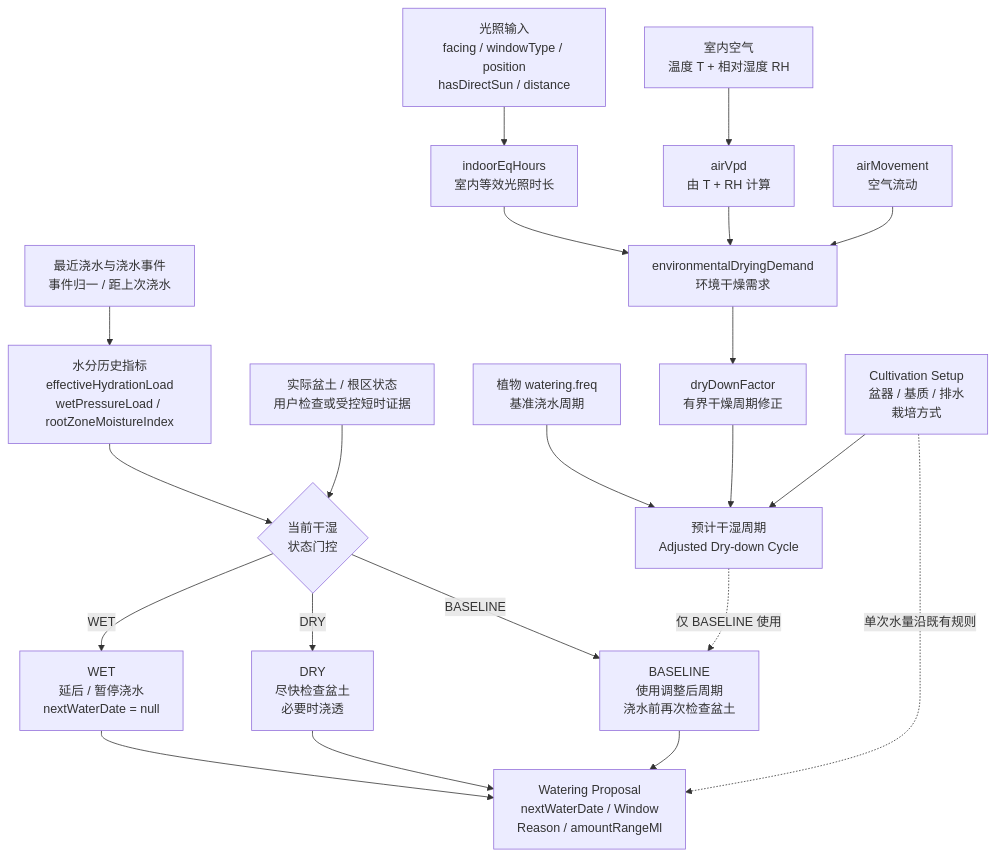
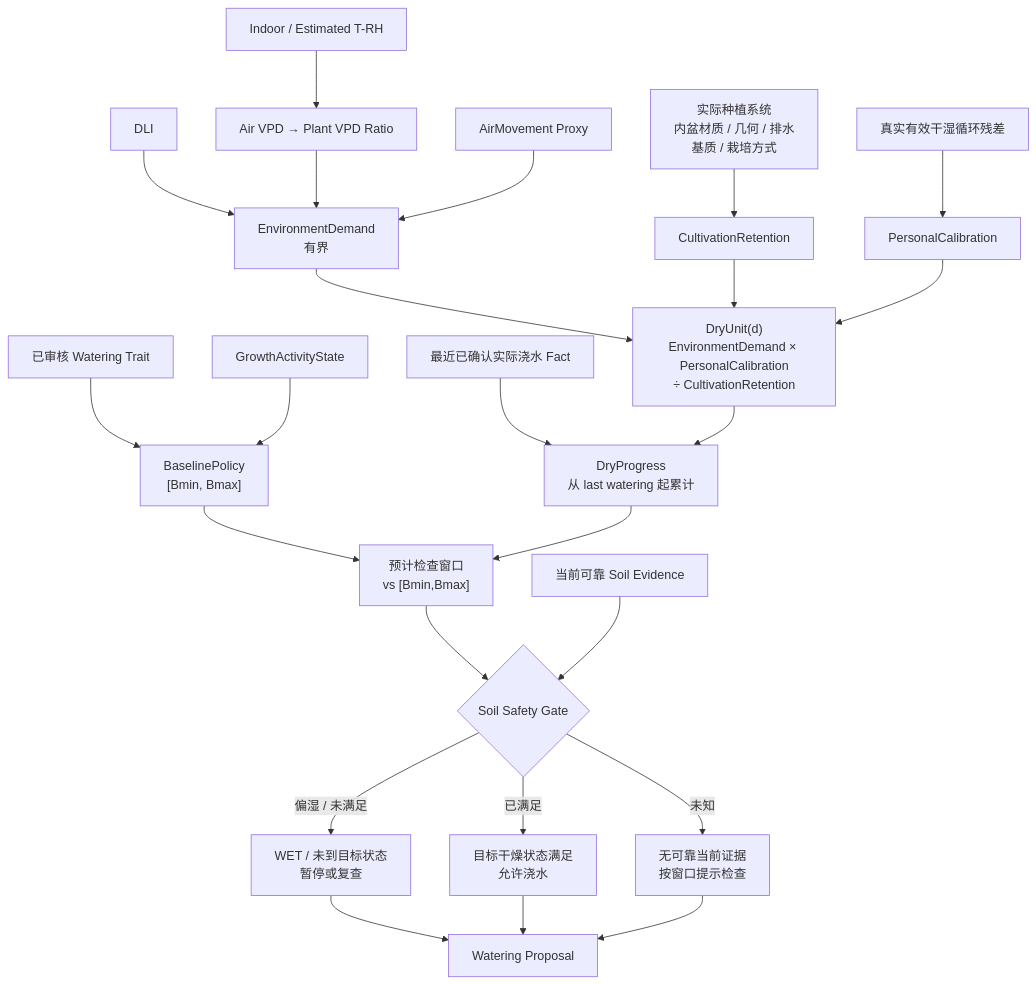
One commit to dang0705/planting changed diagram 17 of 25 in docs/backend-v2/architecture/business-domain-layers.md. Above: the diagram before and after it, drawn with Mermaid. The commit also changed other lines of this file and 1047 other files, not shown here.

````diff
--- a/docs/backend-v2/architecture/business-domain-layers.md
+++ b/docs/backend-v2/architecture/business-domain-layers.md
@@ -498,42 +603,48 @@
 ```mermaid
 flowchart TB
-  baseline["植物 watering.freq<br/>基准浇水周期"]
-  lightInput["光照输入<br/>facing / windowType / position<br/>hasDirectSun / distance"]
-  indoorEq["indoorEqHours<br/>室内等效光照时长"]
-  airInput["室内空气<br/>温度 T + 相对湿度 RH"]
-  airVpd["airVpd<br/>由 T + RH 计算"]
-  airMove["airMovement<br/>空气流动"]
-  envDemand["environmentalDryingDemand<br/>环境干燥需求"]
-  dryFactor["dryDownFactor<br/>有界干燥周期修正"]
-  cult["Cultivation Setup<br/>盆器 / 基质 / 排水<br/>栽培方式"]
-  cycle["预计干湿周期<br/>Adjusted Dry-down Cycle"]
-  history["最近浇水与浇水事件<br/>事件归一 / 距上次浇水"]
-  loads["水分历史指标<br/>effectiveHydrationLoad<br/>wetPressureLoad / rootZoneMoistureIndex"]
-  soil["实际盆土 / 根区状态<br/>用户检查或受控短时证据"]
-  gate{"当前干湿<br/>状态门控"}
-  wet["WET<br/>延后 / 暂停浇水<br/>nextWaterDate = null"]
-  dry["DRY<br/>尽快检查盆土<br/>必要时浇透"]
-  base["BASELINE<br/>使用调整后周期<br/>浇水前再次检查盆土"]
-  result["Watering Proposal<br/>nextWaterDate / Window<br/>Reason / amountRangeMl"]
+  trait["已审核 Watering Trait"]
+  growth["GrowthActivityState"]
+  baseline["BaselinePolicy<br/>[Bmin, Bmax]"]
 
-  lightInput --> indoorEq
-  airInput --> airVpd
-  indoorEq --> envDemand
-  airVpd --> envDemand
-  airMove --> envDemand
-  envDemand --> dryFactor
-  baseline --> cycle
-  dryFactor --> cycle
-  cult --> cycle
-  history --> loads
-  loads --> gate
+  dli["DLI"]
+  indoor["Indoor / Estimated T-RH"]
+  vpd["Air VPD → Plant VPD Ratio"]
+  air["AirMovement Proxy"]
+  env["EnvironmentDemand<br/>有界"]
+
+  cultInput["实际种植系统<br/>内盆材质 / 几何 / 排水<br/>基质 / 栽培方式"]
+  retention["CultivationRetention"]
+  cycles["真实有效干湿循环残差"]
+  personal["PersonalCalibration"]
+
+  last["最近已确认实际浇水 Fact"]
+  dryUnit["DryUnit(d)<br/>EnvironmentDemand × PersonalCalibration<br/>÷ CultivationRetention"]
+  progress["DryProgress<br/>从 last watering 起累计"]
+  window["预计检查窗口<br/>vs [Bmin,Bmax]"]
+  soil["当前可靠 Soil Evidence"]
+  gate{"Soil Safety Gate"}
+  hold["WET / 未到目标状态<br/>暂停或复查"]
+  allow["目标干燥状态满足<br/>允许浇水"]
+  check["无可靠当前证据<br/>按窗口提示检查"]
+  result["Watering Proposal"]
+
+  trait --> baseline
+  growth --> baseline
+  dli --> env
+  indoor --> vpd --> env
+  air --> env
+  cultInput --> retention
+  cycles --> personal
+  env --> dryUnit
+  retention --> dryUnit
+  personal --> dryUnit
+  last --> progress
+  dryUnit --> progress
+  baseline --> window
+  progress --> window
+  window --> gate
   soil --> gate
-  gate -->|WET| wet
-  gate -->|DRY| dry
-  gate -->|BASELINE| base
-  cycle -. "仅 BASELINE 使用" .-> base
-  wet --> result
-  dry --> result
-  base --> result
-  cult -. "单次水量沿既有规则" .-> result
+  gate -->|偏湿 / 未满足| hold --> result
+  gate -->|已满足| allow --> result
+  gate -->|未知| check --> result
 ```
````
